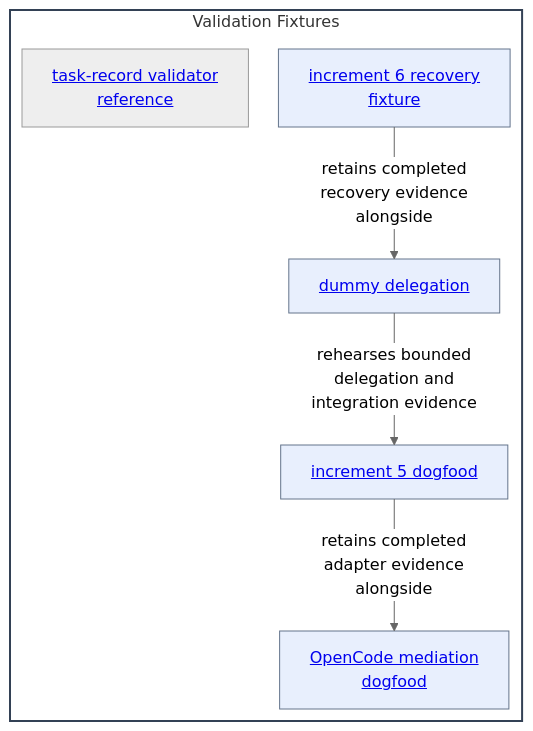
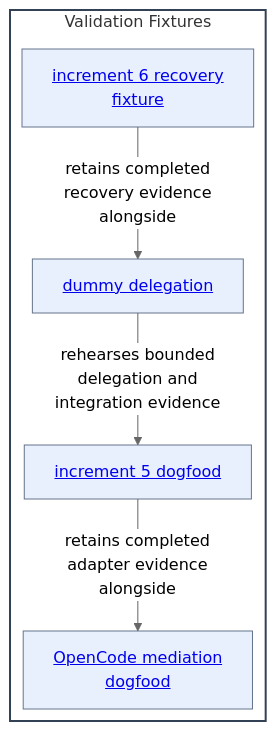
One commit to abstract-business-systems/as-is changed the diagram in validation-fixtures/as-is.md. Above: the diagram before and after it, drawn with Mermaid (neutral theme). The commit also changed other lines of this file and 10 other files, not shown here.

Commit message:
chore(task): retire Python validator reference

````diff
--- a/validation-fixtures/as-is.md
+++ b/validation-fixtures/as-is.md
@@ -26,24 +25,22 @@
 ```mermaid
 ---
 config:
   layout: elk
 ---
 %%{init: {"securityLevel": "loose"}}%%
 flowchart TB
     subgraph Fixtures["Validation Fixtures"]
         direction TB
         Dummy["<a href='./dummy-delegation/as-is.md#design'>dummy delegation</a>"]
         Increment5["<a href='./increment-5-dogfood/as-is.md#design'>increment 5 dogfood</a>"]
         Increment6["<a href='./increment-6-recovery-fixture/as-is.md#design'>increment 6 recovery<br/>fixture</a>"]
         OpenCode["<a href='./opencode-mediation-dogfood/as-is.md#design'>OpenCode mediation<br/>dogfood</a>"]
-        ValidatorReference["<a href='./task-record-validator-reference/as-is.md#design'>task-record validator<br/>reference</a>"]
-
         Dummy -->|rehearses bounded<br/>delegation and<br/>integration evidence| Increment5
         Increment5 -->|retains completed<br/>adapter evidence<br/>alongside| OpenCode
         Increment6 -->|retains completed<br/>recovery evidence<br/>alongside| Dummy
     end
     classDef component fill:#f8fafc,fill-opacity:0.1,stroke:#334155,stroke-width:2px
     classDef child fill:#2563eb,fill-opacity:0.1,stroke:#64748b,stroke-width:1px
     class Fixtures component
     class Dummy,Increment5,Increment6,OpenCode child
 ```
````
